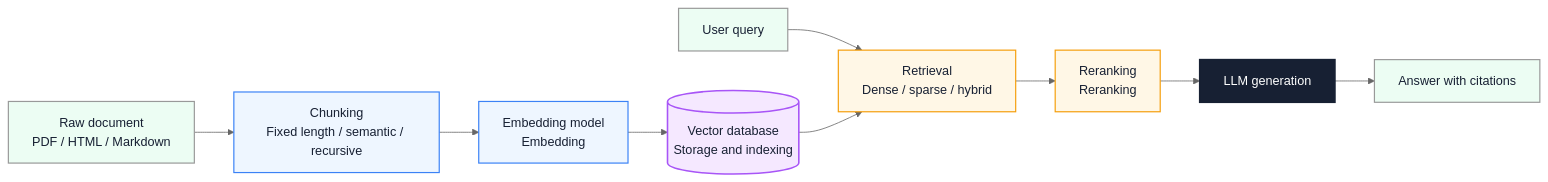
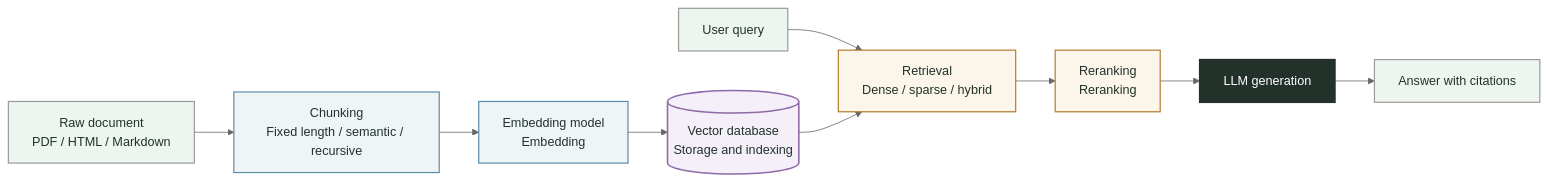
The third of 5 diagrams in docs/en/ai/ai-agent-tech-understanding.md (Fatejian/frontier-vault), drawn with Mermaid (neutral theme) before and after one commit. The commit also changed other lines of this file and 63 other files, not shown here.

````diff
--- a/docs/en/ai/ai-agent-tech-understanding.md
+++ b/docs/en/ai/ai-agent-tech-understanding.md
@@ -230,33 +230,33 @@
 ```mermaid
 flowchart LR
     Doc["Raw document<br/>PDF / HTML / Markdown"]
     Chunk["Chunking<br/>Fixed length / semantic / recursive"]
     Embed["Embedding model<br/>Embedding"]
     VectorDB[("Vector database<br/>Storage and indexing")]
     Query["User query"]
     Retrieve["Retrieval<br/>Dense / sparse / hybrid"]
     Rerank["Reranking<br/>Reranking"]
     LLM["LLM generation"]
     Answer["Answer with citations"]
 
     Doc --> Chunk
     Chunk --> Embed
     Embed --> VectorDB
     Query --> Retrieve
     VectorDB --> Retrieve
     Retrieve --> Rerank
     Rerank --> LLM
     LLM --> Answer
 
-    classDef core fill:#172033,color:#fff,stroke:#172033,stroke-width:2px;
-    classDef wait fill:#EEF6FF,stroke:#3B82F6,color:#172033,stroke-width:1.5px;
-    classDef block fill:#FFF7E6,stroke:#F59E0B,color:#172033,stroke-width:1.5px;
-    classDef work fill:#ECFDF3,color:#22C55E,color:#172033,stroke-width:1.5px;
-    classDef metric fill:#F5E8FF,stroke:#A855F7,color:#172033,stroke-width:2px;
+    classDef core fill:#22322B,color:#fff,stroke:#22322B,stroke-width:2px;
+    classDef wait fill:#EFF5F7,stroke:#5B8CA8,color:#22322B,stroke-width:1.5px;
+    classDef block fill:#FBF5EA,stroke:#B27B2C,color:#22322B,stroke-width:1.5px;
+    classDef work fill:#EDF5EF,color:#3E9B6B,color:#22322B,stroke-width:1.5px;
+    classDef metric fill:#F4EFF8,stroke:#8E6BA8,color:#22322B,stroke-width:2px;
 
     class Doc,Query,Answer work;
     class Chunk,Embed wait;
     class Retrieve,Rerank block;
     class VectorDB metric;
     class LLM core;
 ```
````
